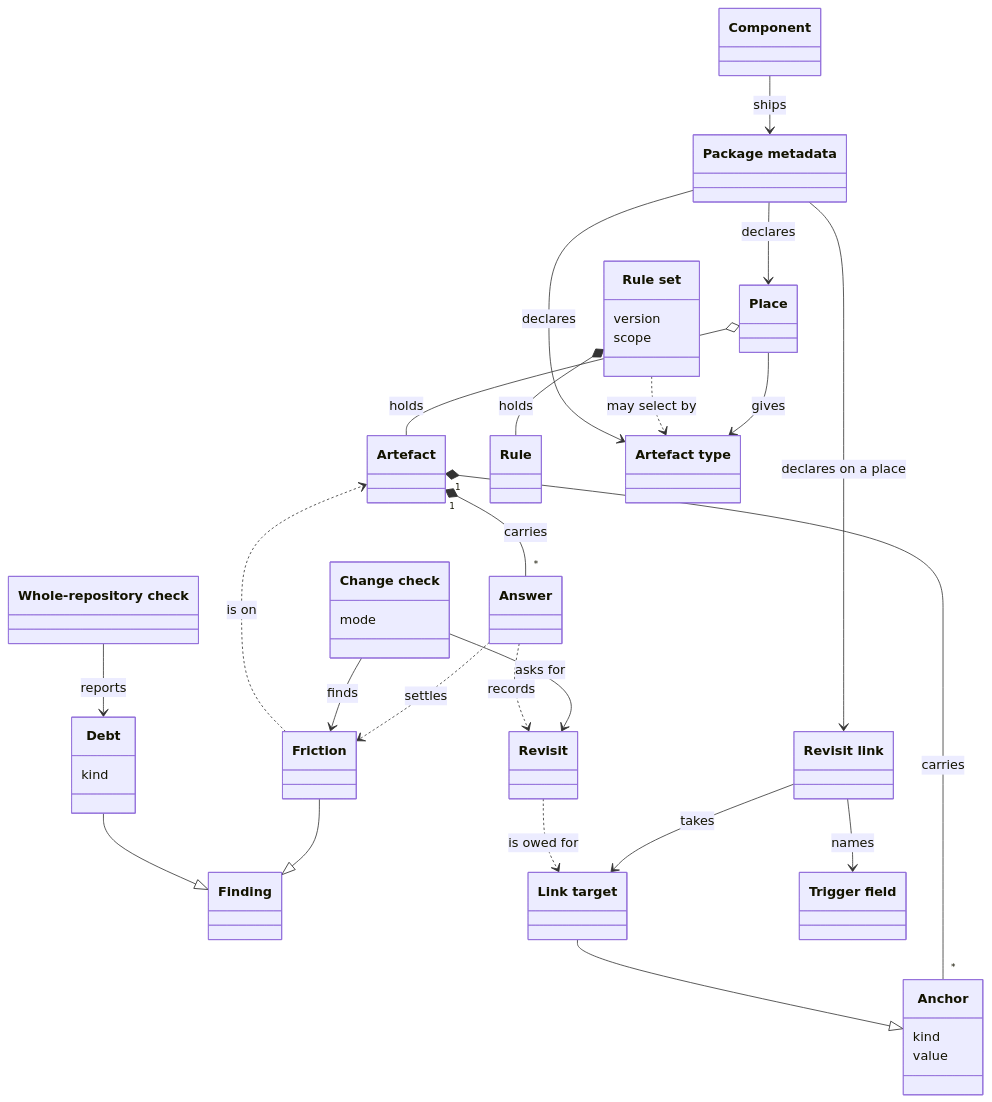
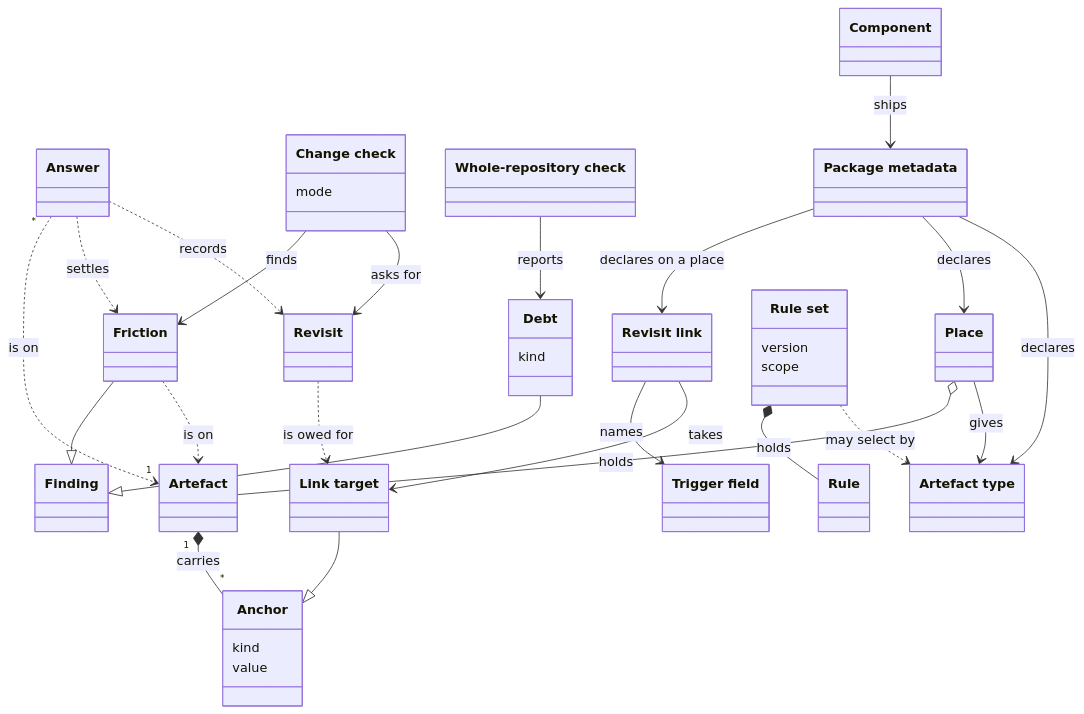
The first of 3 diagrams in tech-docs/analysis/core/domain-model/070-artefacts-and-friction.md (aleskalfas/project-kit), drawn with Mermaid before and after one commit. The commit also changed other lines of this file and 14 other files, not shown here.

First line of the commit message:
docs: the documents say answers live in answer files

````diff
--- a/tech-docs/analysis/core/domain-model/070-artefacts-and-friction.md
+++ b/tech-docs/analysis/core/domain-model/070-artefacts-and-friction.md
@@ -64,51 +65,51 @@
 ```mermaid
 classDiagram
   accTitle: Artefacts and friction
-  accDescr: A place holds artefacts, and gives most of them their artefact type. An artefact carries its anchors and its answers. Friction is a finding on an artefact, and a revalidation or a deferral, which are answers, settles it. The change check finds friction. The whole-repository check reports debt, which is a finding too. Package metadata declares revisit links on places. A revisit link names trigger fields and takes link targets, which are anchors. The change check asks for a revisit of each link target, and an answer may record that revisit. A rule set holds rules, and selects artefacts by artefact type. A component ships package metadata, which declares its places and its artefact types.
+  accDescr: A place holds artefacts, and gives most of them their artefact type. An artefact carries its anchors. An answer is on an artefact, and lives apart from it, in a file of the change that wrote it. Friction is a finding on an artefact, and a revalidation or a deferral, which are answers, settles it. The change check finds friction. The whole-repository check reports debt, which is a finding too. Package metadata declares revisit links on places. A revisit link names trigger fields and takes link targets, which are anchors. The change check asks for a revisit of each link target, and an answer may record that revisit. A rule set holds rules, and selects artefacts by artefact type. A component ships package metadata, which declares its places and its artefact types.
   class Place["Place"]
   class Artefact["Artefact"]
   class Anchor["Anchor"]
   Anchor : kind
   Anchor : value
   class Answer["Answer"]
   class Friction["Friction"]
   class Finding["Finding"]
   class ChangeCheck["Change check"]
   ChangeCheck : mode
   class WholeRepositoryCheck["Whole-repository check"]
   class Debt["Debt"]
   Debt : kind
   class RevisitLink["Revisit link"]
   class LinkTarget["Link target"]
   class TriggerField["Trigger field"]
   class Revisit["Revisit"]
   class RuleSet["Rule set"]
   RuleSet : version
   RuleSet : scope
   class Rule["Rule"]
   class ArtefactType["Artefact type"]
   class PackageMetadata["Package metadata"]
   class Component["Component"]
   Place o-- Artefact : holds
   Place --> ArtefactType : gives
   Artefact "1" *-- "*" Anchor : carries
-  Artefact "1" *-- "*" Answer : carries
+  Answer "*" ..> "1" Artefact : is on
   Friction --|> Finding
   Friction ..> Artefact : is on
   Answer ..> Friction : settles
   ChangeCheck --> Friction : finds
   WholeRepositoryCheck --> Debt : reports
   Debt --|> Finding
   PackageMetadata --> RevisitLink : declares on a place
   RevisitLink --> TriggerField : names
   RevisitLink --> LinkTarget : takes
   LinkTarget --|> Anchor
   ChangeCheck --> Revisit : asks for
   Revisit ..> LinkTarget : is owed for
   Answer ..> Revisit : records
   RuleSet *-- Rule : holds
   RuleSet ..> ArtefactType : may select by
   Component --> PackageMetadata : ships
   PackageMetadata --> Place : declares
   PackageMetadata --> ArtefactType : declares
 ```
````
